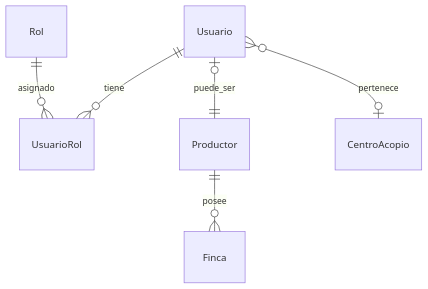
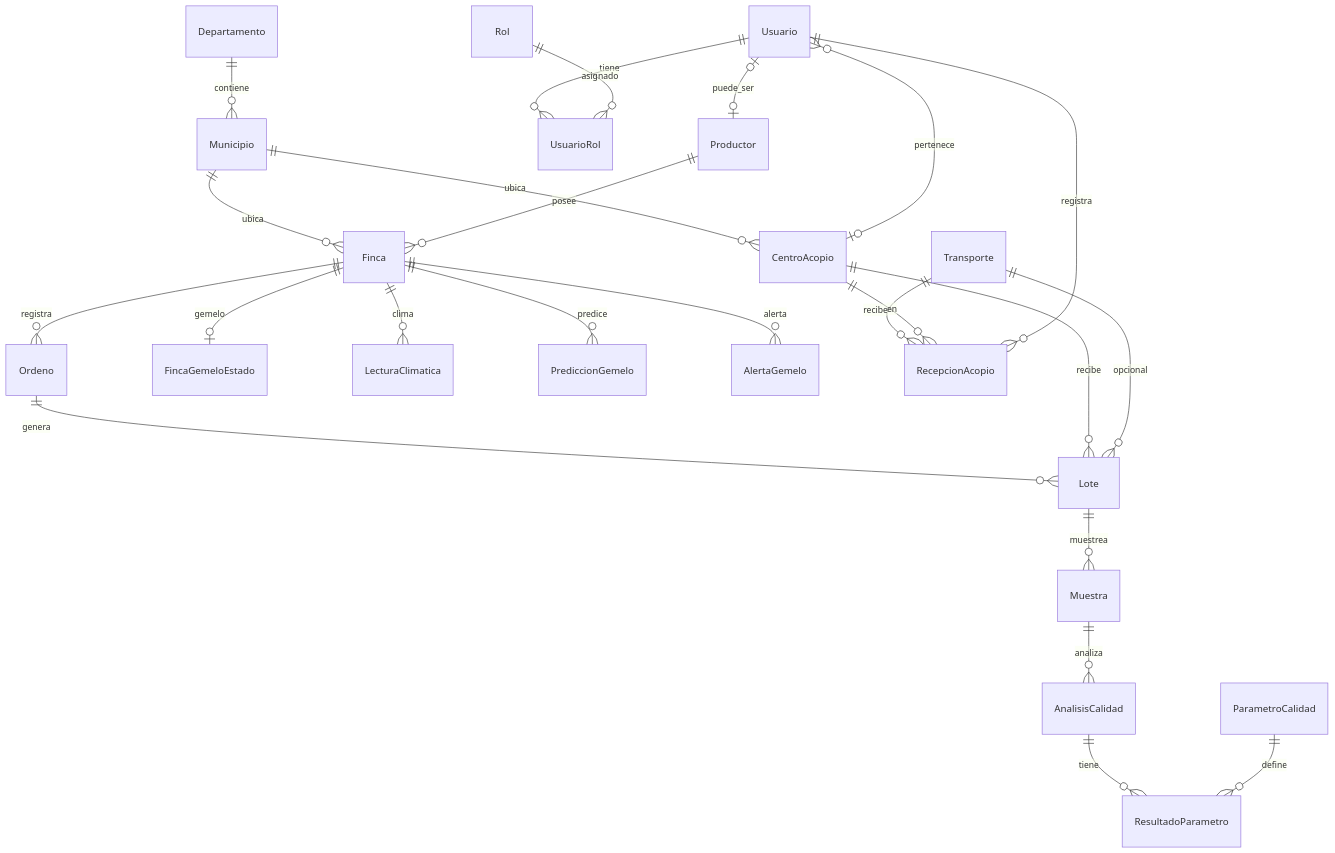
One commit to jarol1590/backend_integrador changed the second of 3 diagrams in README.md. Above: the diagram before and after it, drawn with Mermaid. The commit also changed other lines of this file and 30 other files, not shown here.

````diff
--- a/README.md
+++ b/README.md
@@ -101,8 +190,30 @@
 ```mermaid
 erDiagram
+    Departamento ||--o{ Municipio : contiene
+    Municipio ||--o{ CentroAcopio : ubica
+    Municipio ||--o{ Finca : ubica
+
     Usuario ||--o{ UsuarioRol : tiene
     Rol ||--o{ UsuarioRol : asignado
-    Usuario |o--|| Productor : puede_ser
+    Usuario |o--o| Productor : puede_ser
+    Usuario }o--o| CentroAcopio : pertenece
     Productor ||--o{ Finca : posee
-    Usuario }o--o| CentroAcopio : pertenece
+
+    Finca ||--o{ Ordeno : registra
+    Ordeno ||--o{ Lote : genera
+    CentroAcopio ||--o{ Lote : recibe
+    Transporte ||--o{ Lote : opcional
+    Lote ||--o{ Muestra : muestrea
+    Muestra ||--o{ AnalisisCalidad : analiza
+    AnalisisCalidad ||--o{ ResultadoParametro : tiene
+    ParametroCalidad ||--o{ ResultadoParametro : define
+
+    Finca ||--o| FincaGemeloEstado : gemelo
+    Finca ||--o{ LecturaClimatica : clima
+    Finca ||--o{ PrediccionGemelo : predice
+    Finca ||--o{ AlertaGemelo : alerta
+
+    Transporte ||--o{ RecepcionAcopio : recibe
+    CentroAcopio ||--o{ RecepcionAcopio : en
+    Usuario ||--o{ RecepcionAcopio : registra
 ```
````
